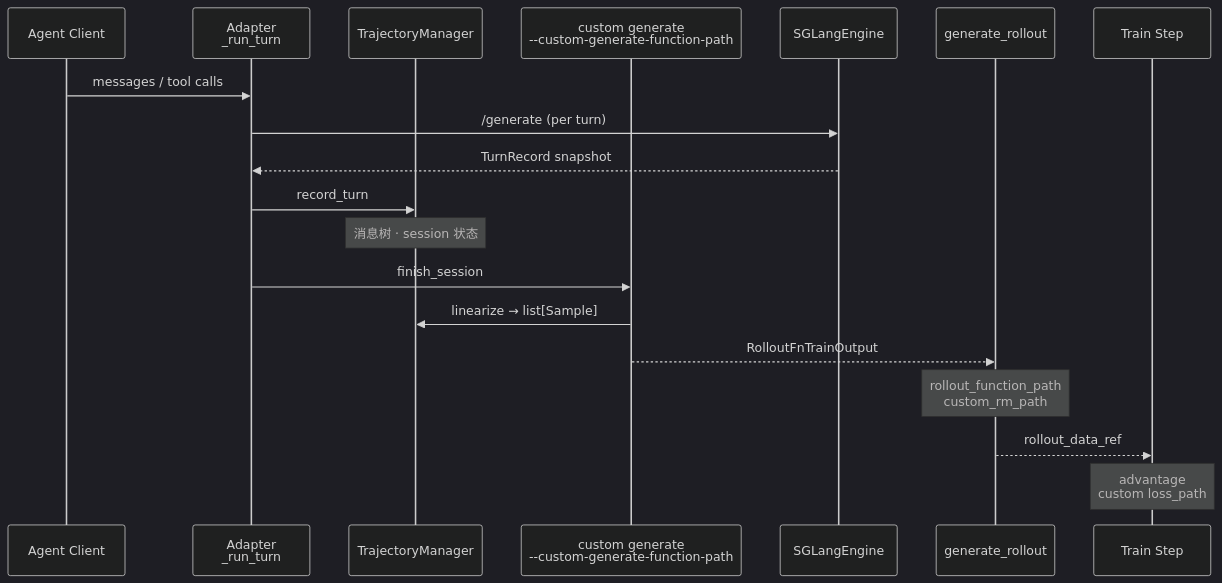
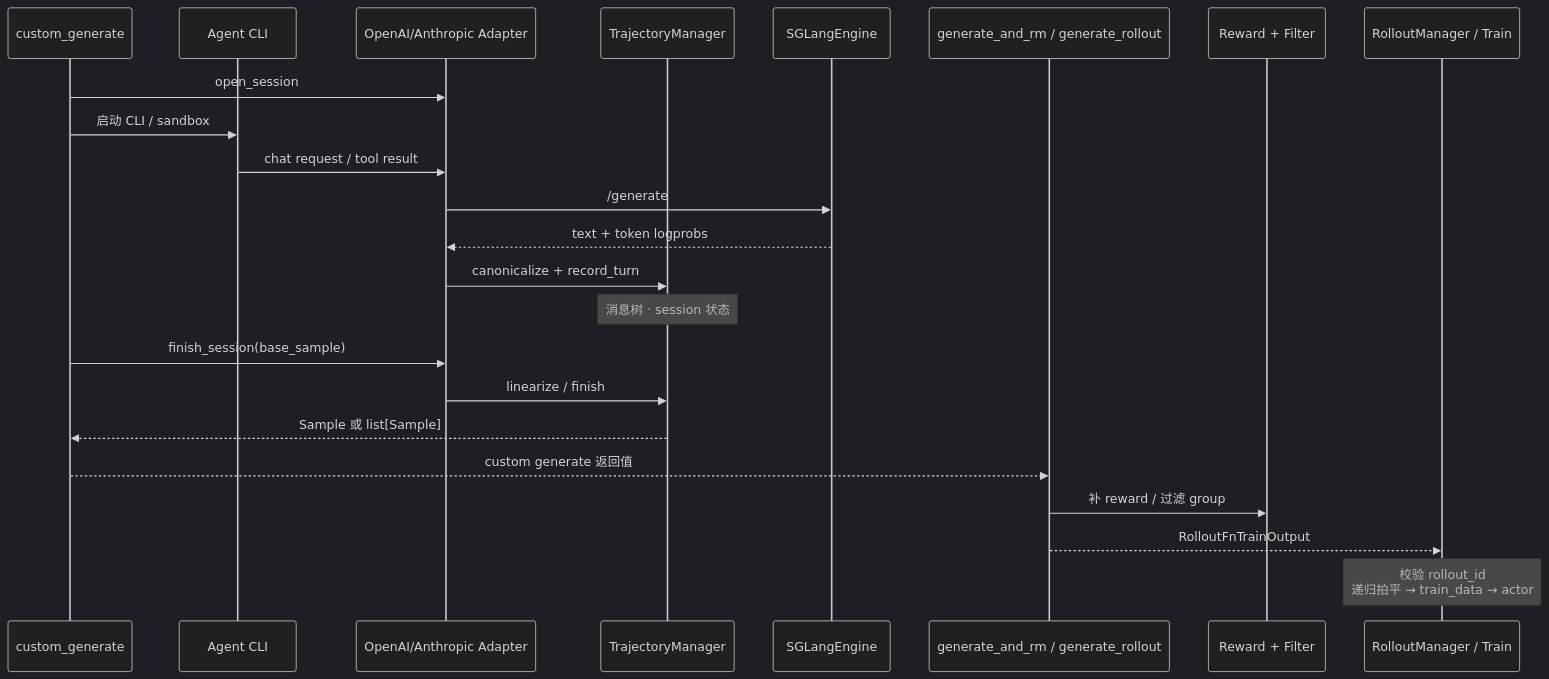
Before and after one commit to OnlyHero5/sglang-reading-vault: the diagram in slime_reading/高级特性/Slime-高级特性.md, drawn with Mermaid (dark theme). The commit also changed other lines of this file and 512 other files, not shown here.

````diff
--- a/slime_reading/高级特性/Slime-高级特性.md
+++ b/slime_reading/高级特性/Slime-高级特性.md
@@ -38,22 +39,26 @@
 ```mermaid
 sequenceDiagram
- participant AG as Agent Client
- participant AD as Adapter<br/>_run_turn
+ participant CG as custom_generate
+ participant AG as Agent CLI
+ participant AD as OpenAI/Anthropic Adapter
  participant TM as TrajectoryManager
- participant CG as custom generate<br/>--custom-generate-function-path
  participant SGL as SGLangEngine
- participant GR as generate_rollout
- participant TR as Train Step
+ participant GR as generate_and_rm / generate_rollout
+ participant RM as Reward + Filter
+ participant TR as RolloutManager / Train
 
- AG->>AD: messages / tool calls
- AD->>SGL: /generate (per turn)
- SGL-->>AD: TurnRecord snapshot
- AD->>TM: record_turn
+ CG->>AD: open_session
+ CG->>AG: 启动 CLI / sandbox
+ AG->>AD: chat request / tool result
+ AD->>SGL: /generate
+ SGL-->>AD: text + token logprobs
+ AD->>TM: canonicalize + record_turn
  Note over TM: 消息树 · session 状态
- AD->>CG: finish_session
- CG->>TM: linearize → list[Sample]
- CG-->>GR: RolloutFnTrainOutput
- Note over GR: rollout_function_path<br/>custom_rm_path
- GR-->>TR: rollout_data_ref
- Note over TR: advantage<br/>custom loss_path
+ CG->>AD: finish_session(base_sample)
+ AD->>TM: linearize / finish
+ TM-->>CG: Sample 或 list[Sample]
+ CG-->>GR: custom generate 返回值
+ GR->>RM: 补 reward / 过滤 group
+ GR-->>TR: RolloutFnTrainOutput
+ Note over TR: 校验 rollout_id<br/>递归拍平 → train_data → actor
 ```
````
